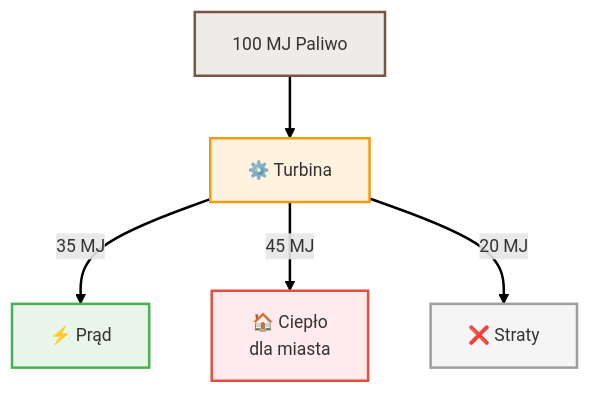
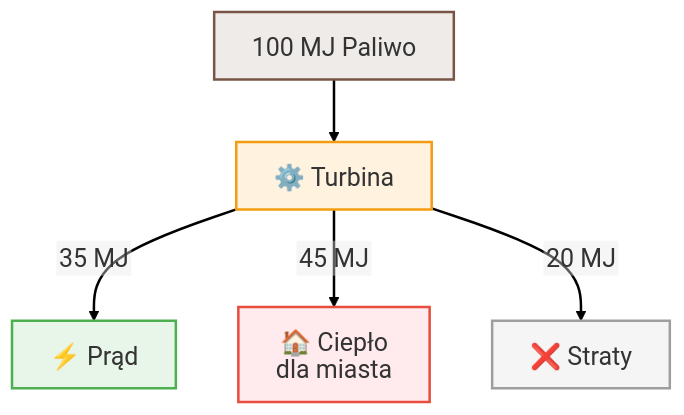
The fourth of 6 diagrams in Wyklady/15_Spalanie_Egzergia.qmd (moondec/Termodynamika), drawn with Mermaid before and after one commit. The commit also changed other lines of this file and 84 other files, not shown here.

First line of the commit message:
Wykłady: diagramy mermaid bez ucinania i dopasowane do slajdów

````diff
--- a/Wyklady/15_Spalanie_Egzergia.qmd
+++ b/Wyklady/15_Spalanie_Egzergia.qmd
@@ -299,20 +308,18 @@
 ```{mermaid}
 %%| fig-align: center
-%%| fig-width: 5
-%%| fig-height: 3
 
 
-%%{init: {'theme': 'default', 'flowchart': { 'useMaxWidth': false, 'htmlLabels': true }, 'themeVariables': { 'fontSize': '14px', 'fontFamily': 'sans-serif' }}}%%
+%%{init: {'theme': 'default', 'flowchart': {'htmlLabels': false, 'wrappingWidth': 400, 'subGraphTitleMargin': {'top': 6, 'bottom': 16}}, 'themeVariables': {'fontSize': '20px', 'fontFamily': 'Arial, Helvetica, sans-serif'}, 'htmlLabels': false}}%%
 flowchart TD
     F["100 MJ Paliwo"] --> T["⚙️ Turbina"]
     T -->|"35 MJ"| E["⚡ Prąd"]
     T -->|"45 MJ"| C["🏠 Ciepło<br>dla miasta"]
     T -->|"20 MJ"| S["❌ Straty"]
     
     style F fill:#efebe9,stroke:#795548,stroke-width:2px
     style T fill:#fff3e0,stroke:#f39c12,stroke-width:2px
     style E fill:#e8f5e9,stroke:#4caf50,stroke-width:2px
     style C fill:#ffebee,stroke:#e74c3c,stroke-width:2px
     style S fill:#f5f5f5,stroke:#9e9e9e,stroke-width:2px
     linkStyle default stroke-width:2px,fill:none,stroke:black
 ```
````
